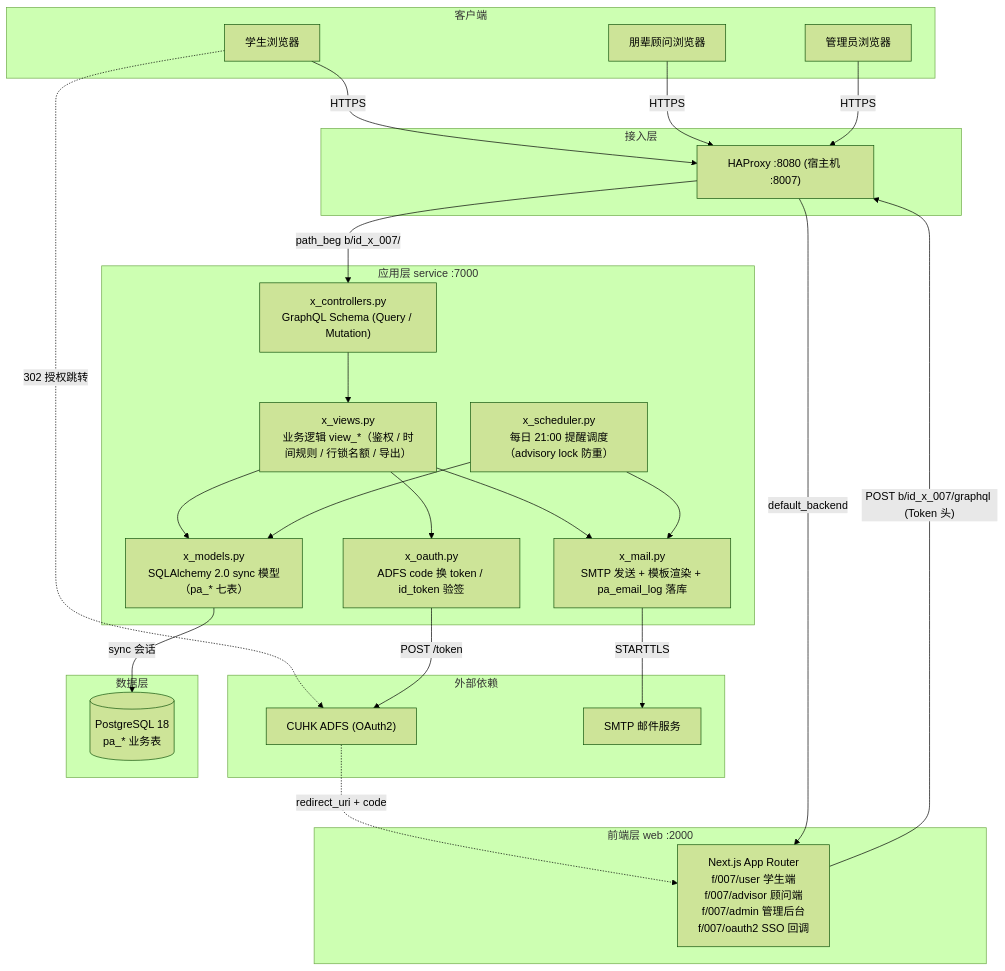
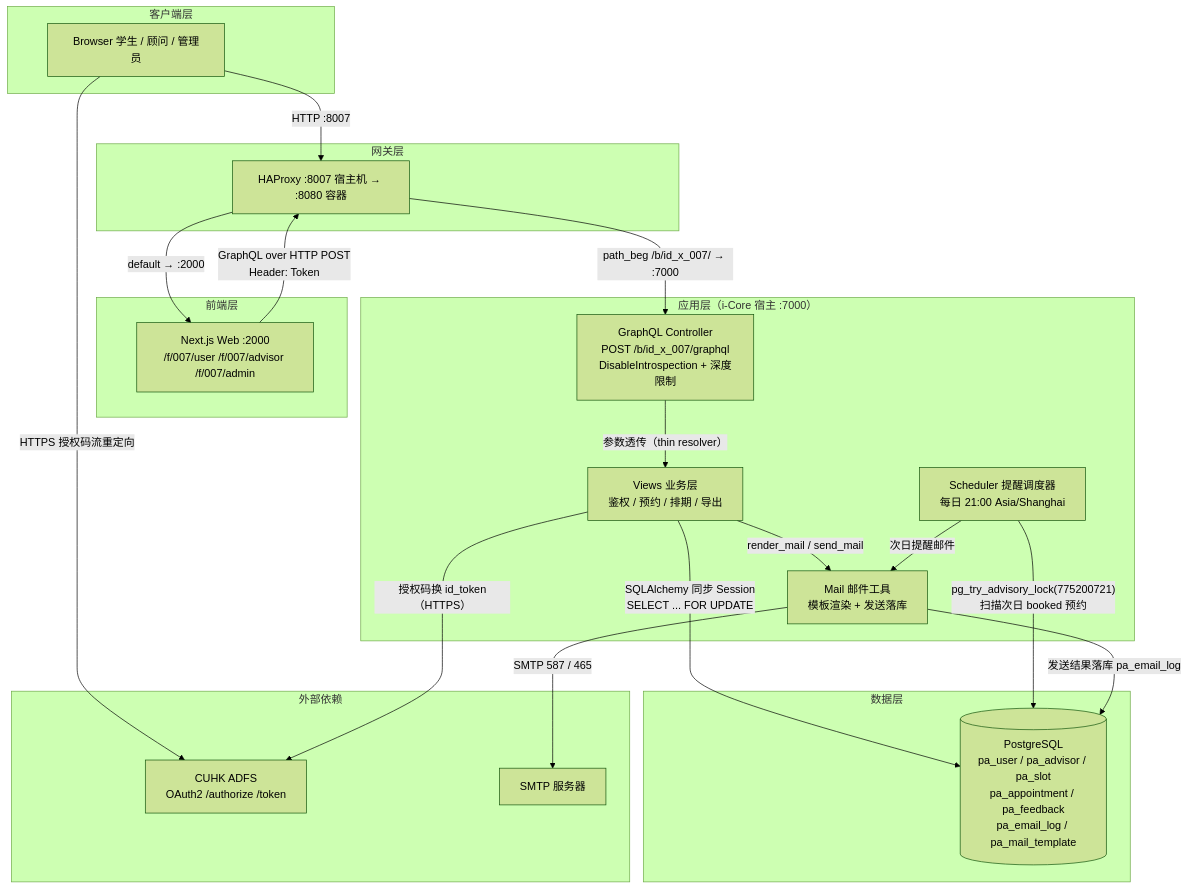
The first of 2 diagrams in README.md (i-TorchLabs/id_x_007), drawn with Mermaid (forest theme) before and after one commit. The commit also changed other lines of this file, not shown here.

````diff
--- a/README.md
+++ b/README.md
@@ -72,52 +62,44 @@
 ```mermaid
 graph TD
-    subgraph Client["客户端"]
-        Student["学生浏览器"]
-        Advisor["朋辈顾问浏览器"]
-        Admin["管理员浏览器"]
+    subgraph 客户端层
+        B[Browser 学生 / 顾问 / 管理员]
     end
 
-    subgraph IdP["外部依赖"]
-        ADFS["CUHK ADFS (OAuth2)"]
-        SMTP["SMTP 邮件服务"]
+    subgraph 网关层
+        H[HAProxy :8007 宿主机 → :8080 容器]
     end
 
-    subgraph Gateway["接入层"]
-        HAProxy["HAProxy :8080 (宿主机 :8007)"]
+    subgraph 前端层
+        W["Next.js Web :2000<br/>/f/007/user /f/007/advisor /f/007/admin"]
     end
 
-    subgraph Frontend["前端层 web :2000"]
-        Next["Next.js App Router<br/>f/007/user 学生端<br/>f/007/advisor 顾问端<br/>f/007/admin 管理后台<br/>f/007/oauth2 SSO 回调"]
+    subgraph 应用层["应用层（i-Core 宿主 :7000）"]
+        GC["GraphQL Controller<br/>POST /b/id_x_007/graphql<br/>DisableIntrospection + 深度限制"]
+        V["Views 业务层<br/>鉴权 / 预约 / 排期 / 导出"]
+        SCH["Scheduler 提醒调度器<br/>每日 21:00 Asia/Shanghai"]
+        MAIL["Mail 邮件工具<br/>模板渲染 + 发送落库"]
     end
 
-    subgraph Backend["应用层 service :7000"]
-        Controller["x_controllers.py<br/>GraphQL Schema (Query / Mutation)"]
-        Views["x_views.py<br/>业务逻辑 view_*（鉴权 / 时间规则 / 行锁名额 / 导出）"]
-        Scheduler["x_scheduler.py<br/>每日 21:00 提醒调度（advisory lock 防重）"]
-        Mail["x_mail.py<br/>SMTP 发送 + 模板渲染 + pa_email_log 落库"]
-        OAuth["x_oauth.py<br/>ADFS code 换 token / id_token 验签"]
-        Models["x_models.py<br/>SQLAlchemy 2.0 sync 模型（pa_* 七表）"]
+    subgraph 数据层
+        PG[("PostgreSQL<br/>pa_user / pa_advisor / pa_slot<br/>pa_appointment / pa_feedback<br/>pa_email_log / pa_mail_template")]
     end
 
-    subgraph Data["数据层"]
-        PG[("PostgreSQL 18<br/>pa_* 业务表")]
+    subgraph 外部依赖
+        ADFS["CUHK ADFS<br/>OAuth2 /authorize /token"]
+        SMTP["SMTP 服务器"]
     end
 
-    Student -->|"HTTPS"| HAProxy
-    Advisor -->|"HTTPS"| HAProxy
-    Admin -->|"HTTPS"| HAProxy
-    Student -. "302 授权跳转" .-> ADFS
-    ADFS -. "redirect_uri + code" .-> Next
-    HAProxy -->|"path_beg b/id_x_007/"| Controller
-    HAProxy -->|"default_backend"| Next
-    Next -->|"POST b/id_x_007/graphql (Token 头)"| HAProxy
-    Controller --> Views
-    Views --> Models
-    Views --> Mail
-    Views --> OAuth
-    OAuth -->|"POST /token"| ADFS
-    Scheduler --> Models
-    Scheduler --> Mail
-    Mail -->|"STARTTLS"| SMTP
-    Models -->|"sync 会话"| PG
+    B -- "HTTP :8007" --> H
+    H -- "path_beg /b/id_x_007/ → :7000" --> GC
+    H -- "default → :2000" --> W
+    W -- "GraphQL over HTTP POST<br/>Header: Token" --> H
+    B -- "HTTPS 授权码流重定向" --> ADFS
+    GC -- "参数透传（thin resolver）" --> V
+    V -- "授权码换 id_token（HTTPS）" --> ADFS
+    V -- "SQLAlchemy 同步 Session<br/>SELECT ... FOR UPDATE" --> PG
+    V -- "render_mail / send_mail" --> MAIL
+    SCH -- "pg_try_advisory_lock(775200721)<br/>扫描次日 booked 预约" --> PG
+    SCH -- "次日提醒邮件" --> MAIL
+    MAIL -- "SMTP 587 / 465" --> SMTP
+    MAIL -- "发送结果落库 pa_email_log" --> PG
 ```
````
